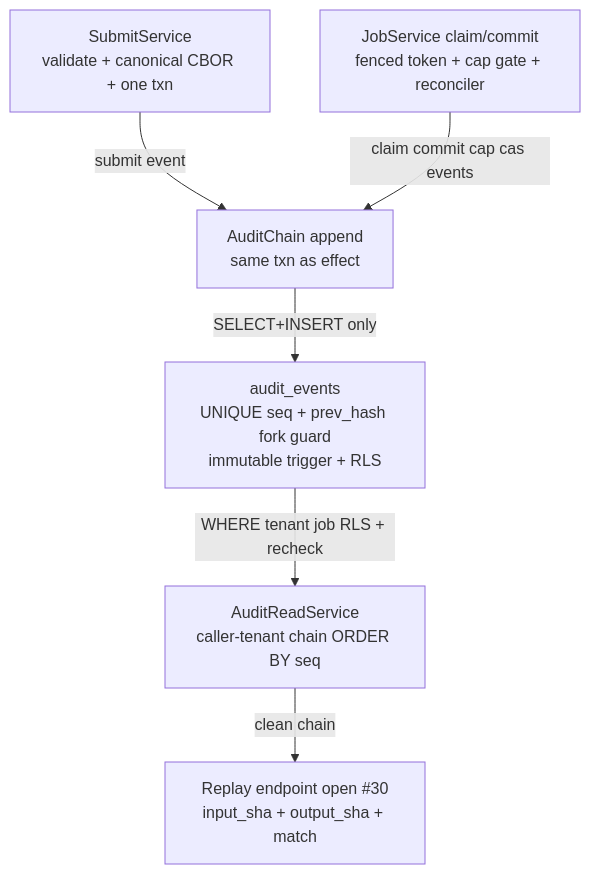
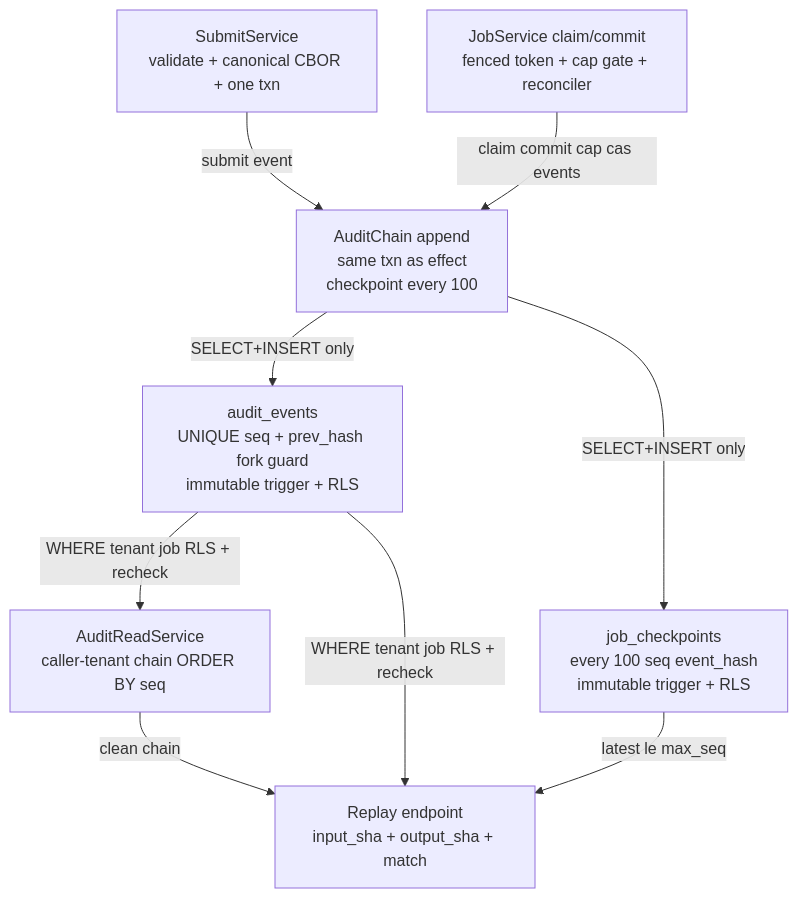
Before and after one commit to G1DO/anvil: the diagram in docs/architecture/c3-audit-chain.mmd, drawn with Mermaid. The commit also changed 4 other files, not shown here.

Commit message:
Document replay bytes, checkpoints, and threat controls (#30)

```diff
--- a/docs/architecture/c3-audit-chain.mmd
+++ b/docs/architecture/c3-audit-chain.mmd
@@ -1,12 +1,16 @@
 flowchart TB
     submit["SubmitService<br/>validate + canonical CBOR + one txn"]
     claim["JobService claim/commit<br/>fenced token + cap gate + reconciler"]
-    chain["AuditChain append<br/>same txn as effect"]
+    chain["AuditChain append<br/>same txn as effect<br/>checkpoint every 100"]
     pg["audit_events<br/>UNIQUE seq + prev_hash fork guard<br/>immutable trigger + RLS"]
+    ckpt["job_checkpoints<br/>every 100 seq event_hash<br/>immutable trigger + RLS"]
     readapi["AuditReadService<br/>caller-tenant chain ORDER BY seq"]
-    replay["Replay endpoint open #30<br/>input_sha + output_sha + match"]
+    replay["Replay endpoint<br/>input_sha + output_sha + match"]
     submit -->|submit event| chain
     claim -->|claim commit cap cas events| chain
     chain -->|SELECT+INSERT only| pg
+    chain -->|SELECT+INSERT only| ckpt
     pg -->|WHERE tenant job RLS + recheck| readapi
+    pg -->|WHERE tenant job RLS + recheck| replay
+    ckpt -->|latest le max_seq| replay
     readapi -->|clean chain| replay
```
